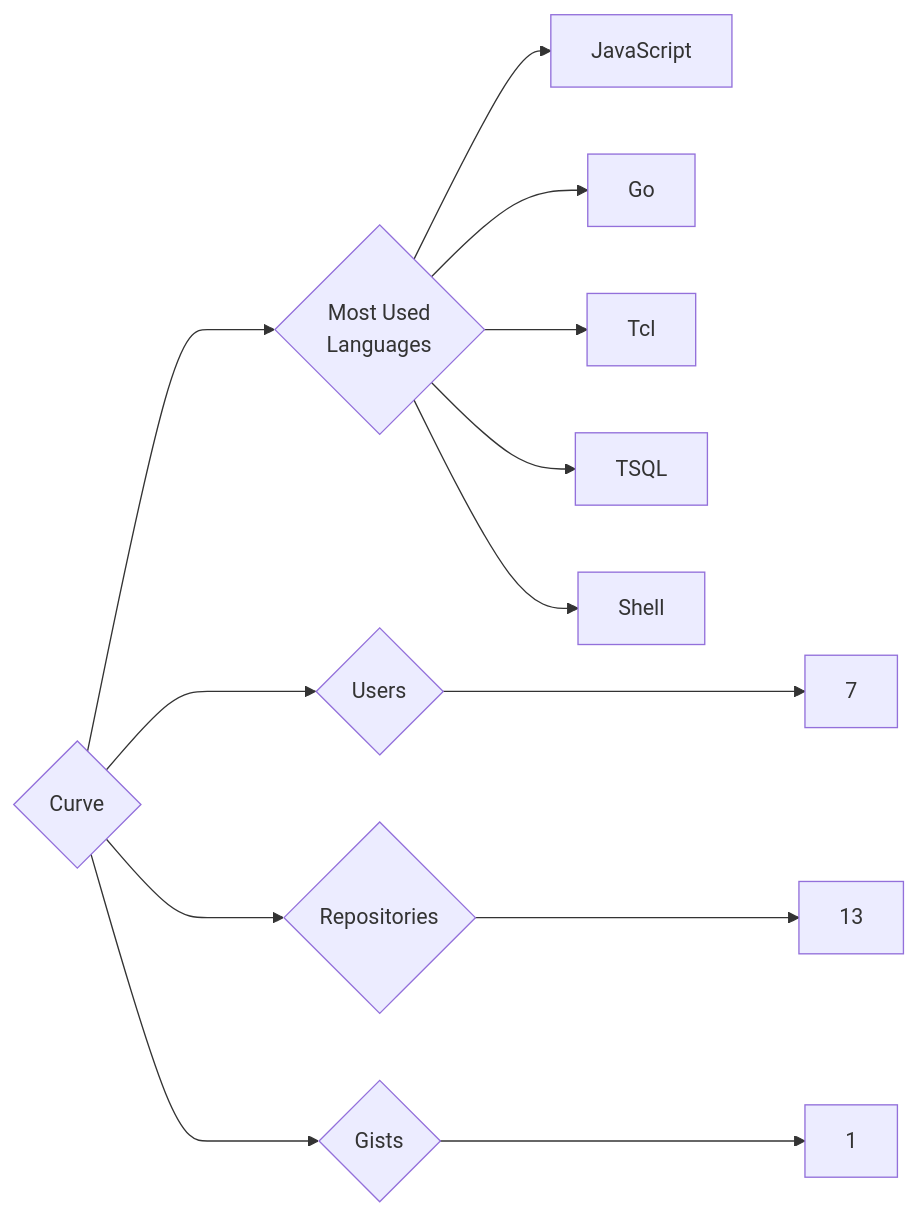
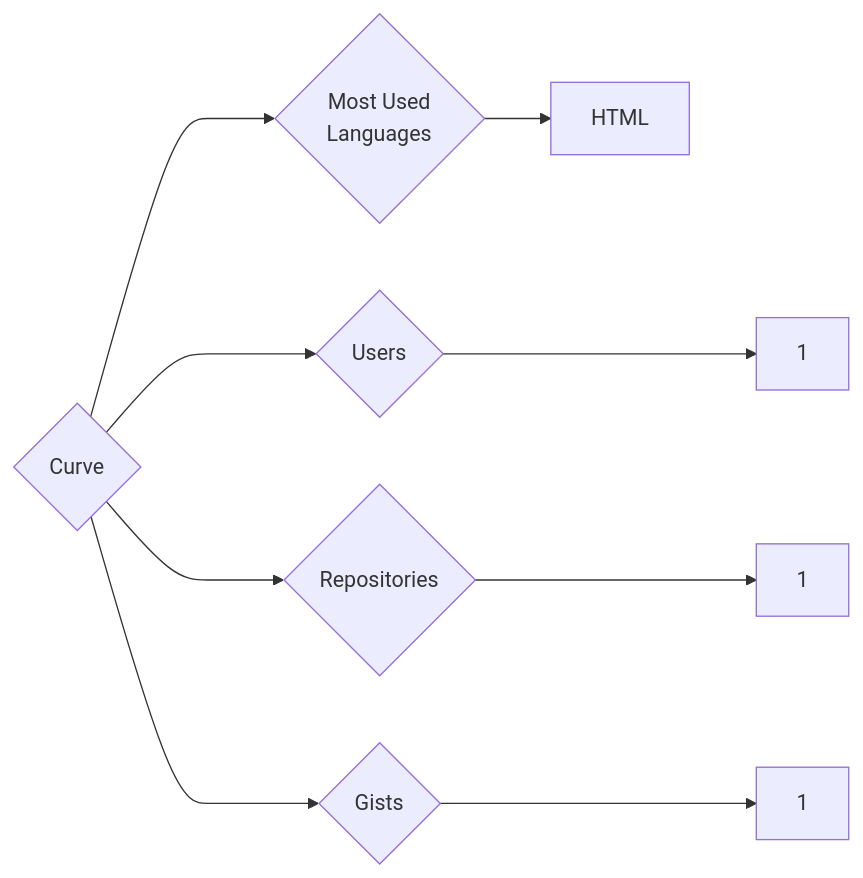
One commit to trickest/insiders changed the diagram in targets/Curve/README.md. Above: the diagram before and after it, drawn with Mermaid. The commit also changed 872 other files, not shown here.

````diff
--- a/targets/Curve/README.md
+++ b/targets/Curve/README.md
@@ -3,13 +3,9 @@
 ```mermaid
 graph LR
 COMPANY_NAME{Curve}
-COMPANY_NAME ---> U{Users} ---> UN[7]
-COMPANY_NAME ---> R{Repositories} ---> RN[13]
+COMPANY_NAME ---> U{Users} ---> UN[1]
+COMPANY_NAME ---> R{Repositories} ---> RN[1]
 COMPANY_NAME ---> G{Gists} ---> GN[1]
 COMPANY_NAME ---> ML{Most Used<br>Languages}
-ML --> JavaScript[JavaScript]
-ML --> Go[Go]
-ML --> Tcl[Tcl]
-ML --> TSQL[TSQL]
-ML --> Shell[Shell]
+ML --> HTML[HTML]
 ```
````
